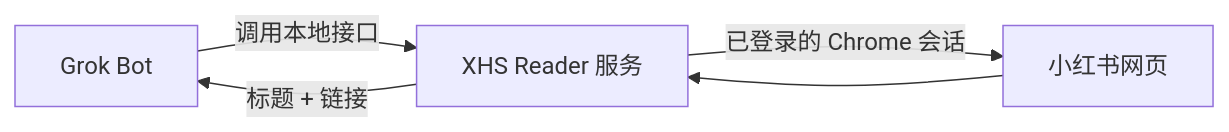
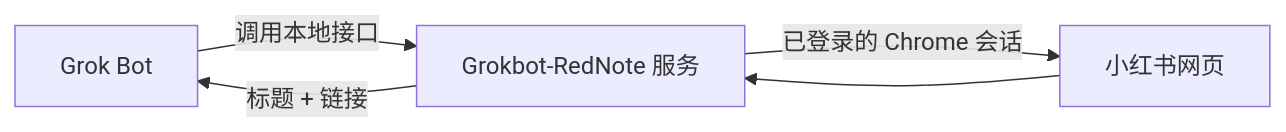
One commit to HongtianChan/Grokbot-RedNote changed the diagram in README.md. Above: the diagram before and after it, drawn with Mermaid. The commit also changed other lines of this file and 18 other files, not shown here.

First line of the commit message:
Rename project and repository to Grokbot-RedNote

````diff
--- a/README.md
+++ b/README.md
@@ -34,7 +34,7 @@
 ```mermaid
 flowchart LR
-  G[Grok Bot] -->|调用本地接口| S[XHS Reader 服务]
+  G[Grok Bot] -->|调用本地接口| S[Grokbot-RedNote 服务]
   S -->|已登录的 Chrome 会话| X[小红书网页]
   X --> S
   S -->|标题 + 链接| G
 ```
````
